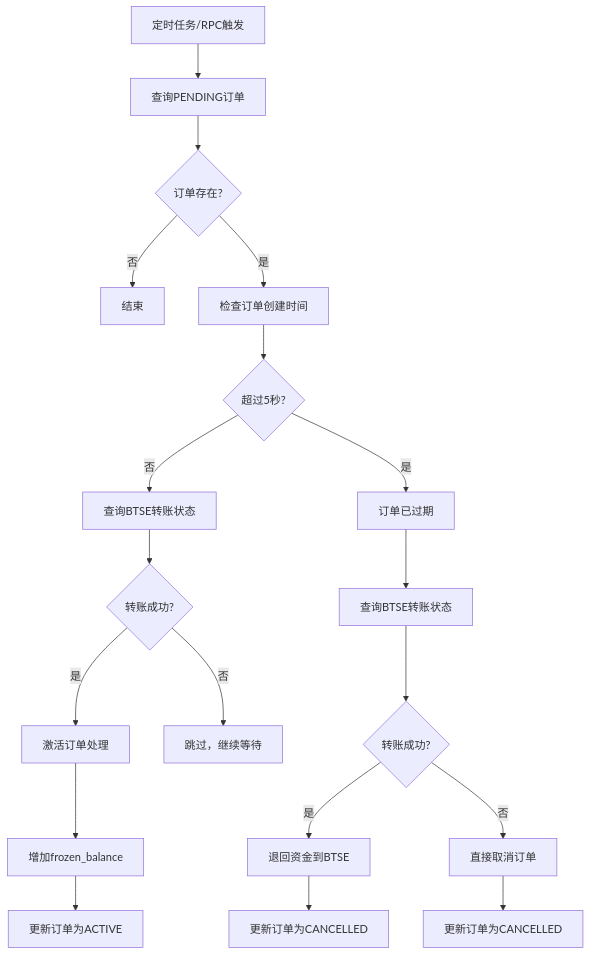
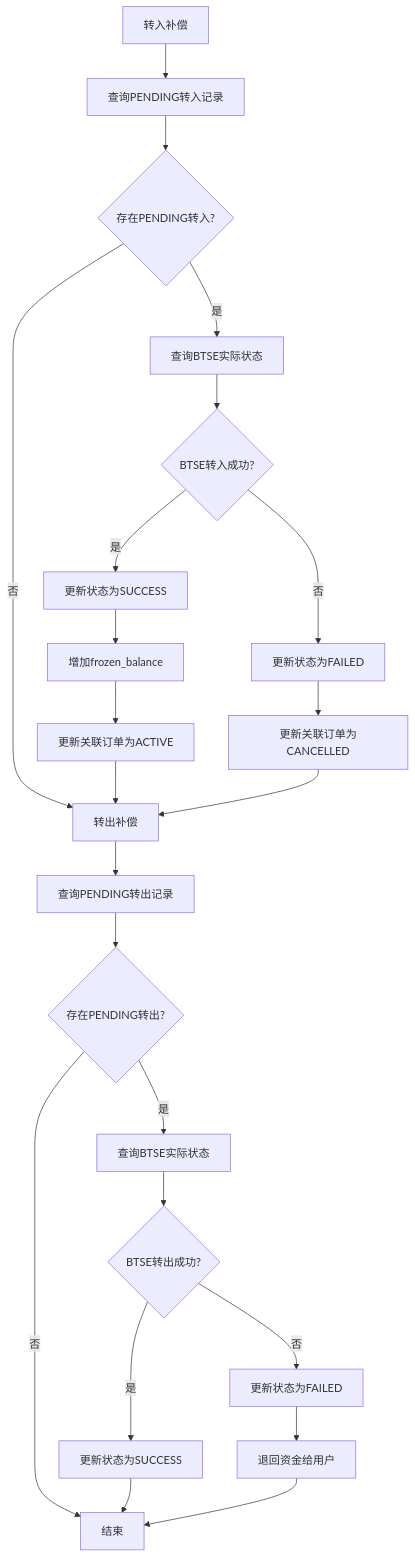
The eighth of 9 diagrams in 2. 设计类/207_05_业务流程设计.md (barry428/BinaryOptionDocs), drawn with Mermaid before and after one commit. The commit also changed other lines of this file and 3 other files, not shown here.

````diff
--- a/2. 设计类/207_05_业务流程设计.md
+++ b/2. 设计类/207_05_业务流程设计.md
@@ -602,21 +673,25 @@
 ```mermaid
 flowchart TD
-    A[定时任务/RPC触发] --> B[查询PENDING订单]
-    B --> C{订单存在?}
-    C -->|否| D[结束]
-    C -->|是| E[检查订单创建时间]
-    E --> F{超过5秒?}
-    F -->|否| G[查询BTSE转账状态]
-    G --> H{转账成功?}
-    H -->|是| I[激活订单处理]
-    I --> J[增加frozen_balance]
-    J --> K[更新订单为ACTIVE]
-    H -->|否| L[跳过，继续等待]
-    F -->|是| M[订单已过期]
-    M --> N[查询BTSE转账状态]
-    N --> O{转账成功?}
-    O -->|是| P[退回资金到BTSE]
-    P --> Q[更新订单为CANCELLED]
-    O -->|否| R[直接取消订单]
-    R --> S[更新订单为CANCELLED]
+    A[转入补偿] --> B[查询PENDING转入记录]
+    B --> C{存在PENDING转入?}
+    C -->|否| D[转出补偿]
+    C -->|是| E[查询BTSE实际状态]
+    E --> F{BTSE转入成功?}
+    F -->|是| G[更新状态为SUCCESS]
+    G --> H[增加frozen_balance]
+    H --> I[更新关联订单为ACTIVE]
+    F -->|否| J[更新状态为FAILED] 
+    J --> K[更新关联订单为CANCELLED]
+    I --> D
+    K --> D
+    D --> L[查询PENDING转出记录]
+    L --> M{存在PENDING转出?}
+    M -->|否| N[结束]
+    M -->|是| O[查询BTSE实际状态]
+    O --> P{BTSE转出成功?}
+    P -->|是| Q[更新状态为SUCCESS]
+    P -->|否| R[更新状态为FAILED]
+    R --> S[退回资金给用户]
+    Q --> N
+    S --> N
 ```
````
